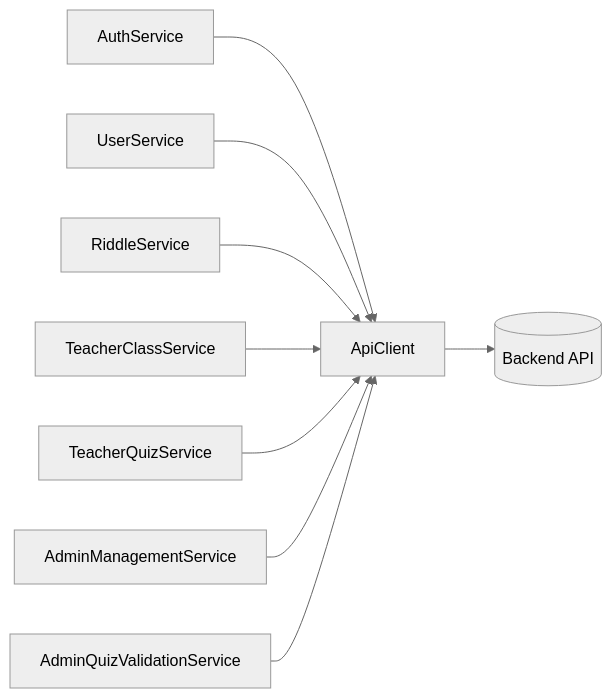
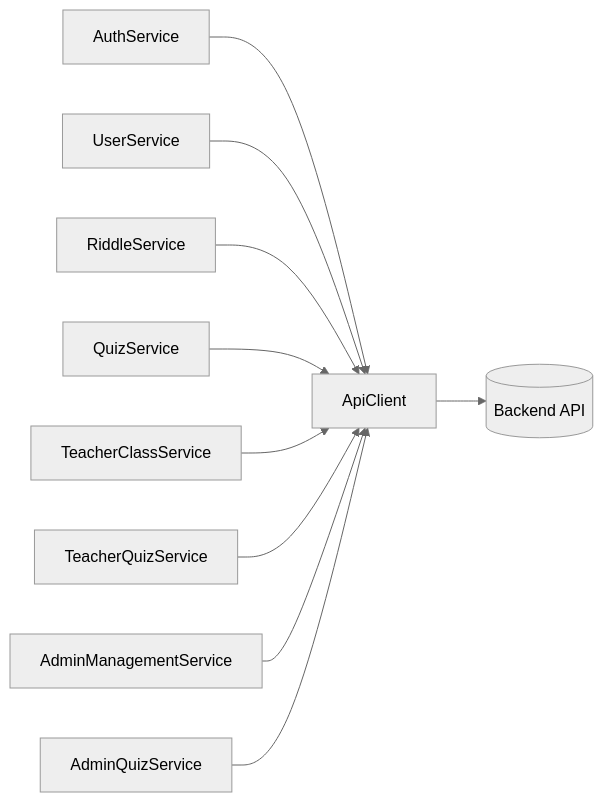
The diagram in .ai/architecture/frontend/services-api.md (Vassili-REGNIER/matheopolis), drawn with Mermaid (neutral theme) before and after one commit. The commit also changed other lines of this file and 34 other files, not shown here.

````diff
--- a/.ai/architecture/frontend/services-api.md
+++ b/.ai/architecture/frontend/services-api.md
@@ -63,11 +77,12 @@
 ```mermaid
 flowchart LR
   AuthService --> ApiClient
   UserService --> ApiClient
   RiddleService --> ApiClient
+  QuizService --> ApiClient
   TeacherClassService --> ApiClient
   TeacherQuizService --> ApiClient
   AdminManagementService --> ApiClient
-  AdminQuizValidationService --> ApiClient
+  AdminQuizService --> ApiClient
   ApiClient --> Backend[(Backend API)]
 ```
````
